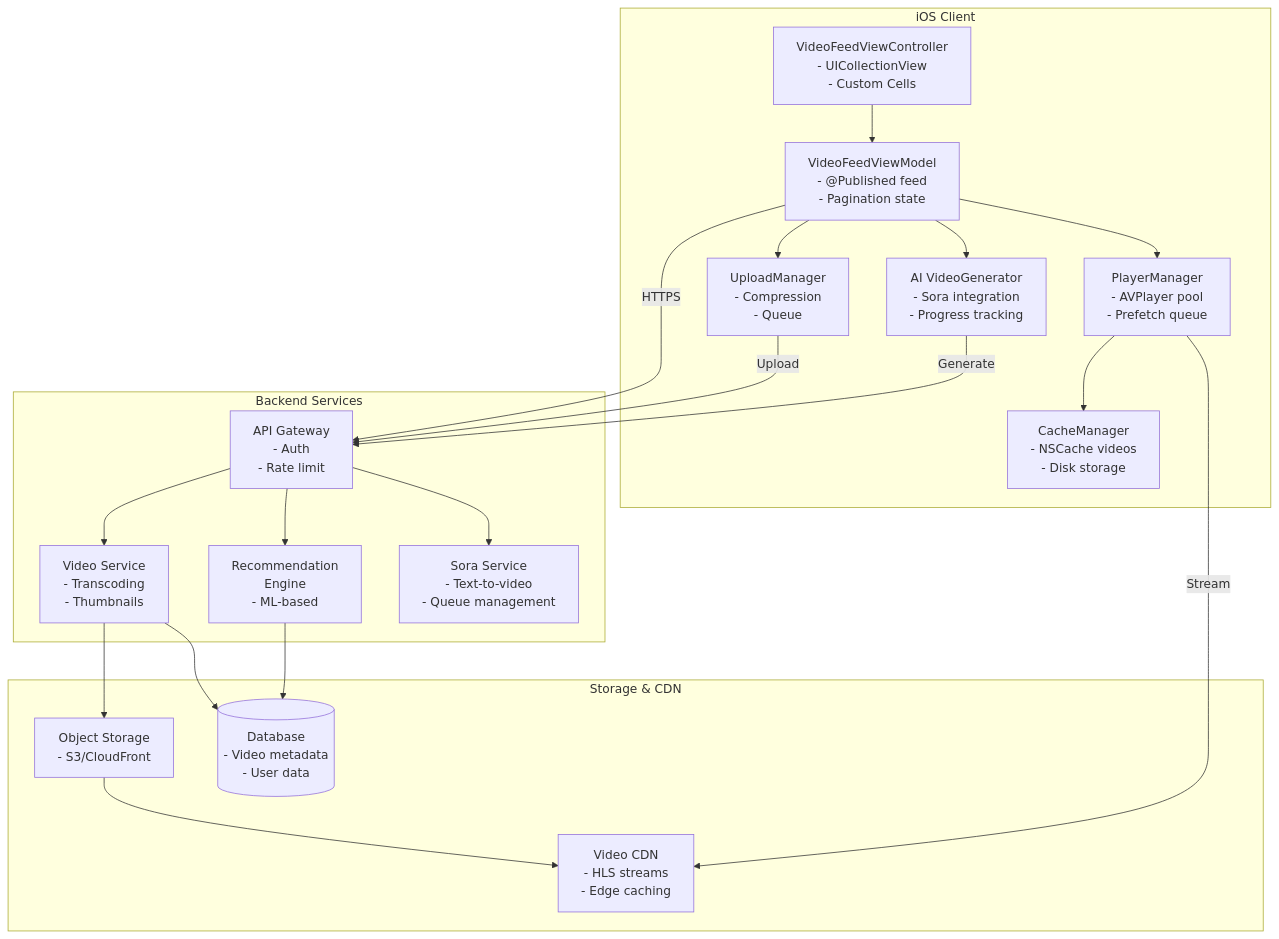
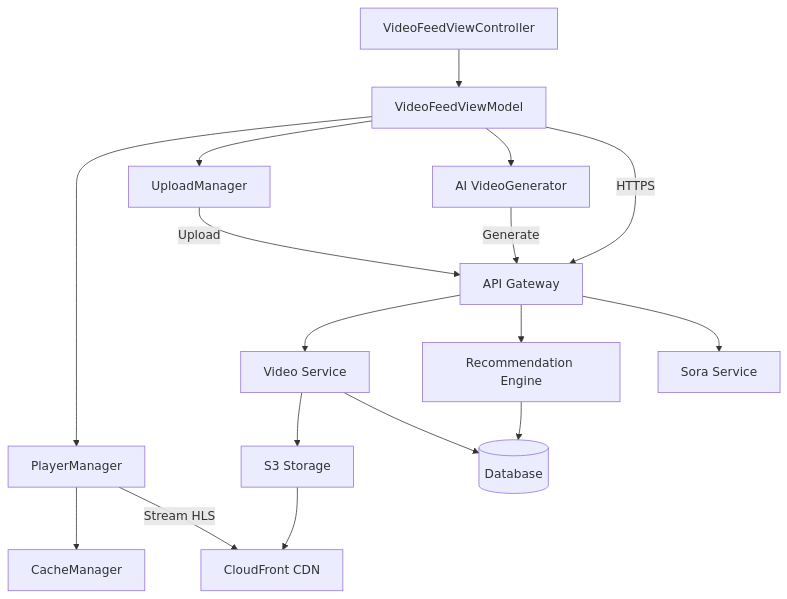
The first of 6 diagrams in _interviews/2025-10-11-short-video-app-system-design.md (SheldonWangRJT/SheldonWangRJT.Github.io), drawn with Mermaid before and after one commit. The commit also changed other lines of this file and 1 other file, not shown here.

Commit message:
Simplify Mermaid diagrams: remove subgraphs, use flowchart syntax, add text explanations for better readability

```diff
--- a/_interviews/2025-10-11-short-video-app-system-design.md
+++ b/_interviews/2025-10-11-short-video-app-system-design.md
@@ -42,42 +42,23 @@
 {% mermaid %}
-graph TB;
-    subgraph "iOS Client";
-        UI[VideoFeedViewController<br/>- UICollectionView<br/>- Custom Cells];
-        VM[VideoFeedViewModel<br/>- @Published feed<br/>- Pagination state];
-        PM[PlayerManager<br/>- AVPlayer pool<br/>- Prefetch queue];
-        UM[UploadManager<br/>- Compression<br/>- Queue];
-        AI[AI VideoGenerator<br/>- Sora integration<br/>- Progress tracking];
-        CM[CacheManager<br/>- NSCache videos<br/>- Disk storage];
-        
-        UI --> VM;
-        VM --> PM;
-        VM --> UM;
-        VM --> AI;
-        PM --> CM;
-    end;
+flowchart TD;
+    UI[VideoFeedViewController] --> VM[VideoFeedViewModel];
+    VM --> PM[PlayerManager];
+    VM --> UM[UploadManager];
+    VM --> AI[AI VideoGenerator];
+    PM --> CM[CacheManager];
     
-    subgraph "Backend Services";
-        API[API Gateway<br/>- Auth<br/>- Rate limit];
-        VIDEO[Video Service<br/>- Transcoding<br/>- Thumbnails];
-        REC[Recommendation<br/>Engine<br/>- ML-based];
-        SORA[Sora Service<br/>- Text-to-video<br/>- Queue management];
-    end;
-    
-    subgraph "Storage & CDN";
-        S3[Object Storage<br/>- S3/CloudFront];
-        CDN[Video CDN<br/>- HLS streams<br/>- Edge caching];
-        DB[(Database<br/>- Video metadata<br/>- User data)];
-    end;
-    
-    VM -->|HTTPS| API;
+    VM -->|HTTPS| API[API Gateway];
     UM -->|Upload| API;
     AI -->|Generate| API;
-    API --> VIDEO;
-    API --> REC;
-    API --> SORA;
-    VIDEO --> S3;
-    S3 --> CDN;
-    PM -->|Stream| CDN;
-    VIDEO --> DB;
+    
+    API --> VIDEO[Video Service];
+    API --> REC[Recommendation Engine];
+    API --> SORA[Sora Service];
+    
+    VIDEO --> S3[S3 Storage];
+    S3 --> CDN[CloudFront CDN];
+    PM -->|Stream HLS| CDN;
+    
+    VIDEO --> DB[(Database)];
     REC --> DB;
 {% endmermaid %}
```
